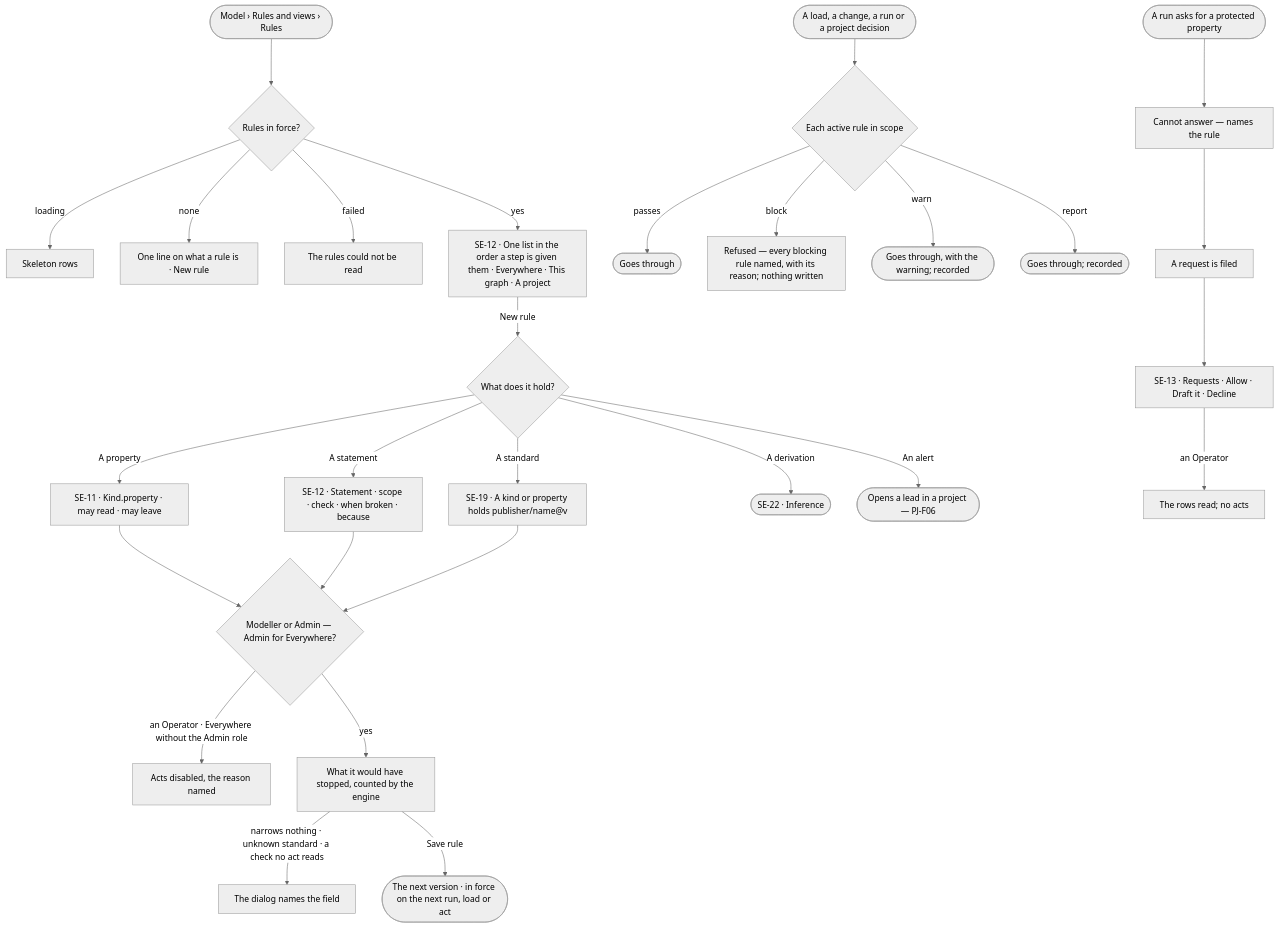
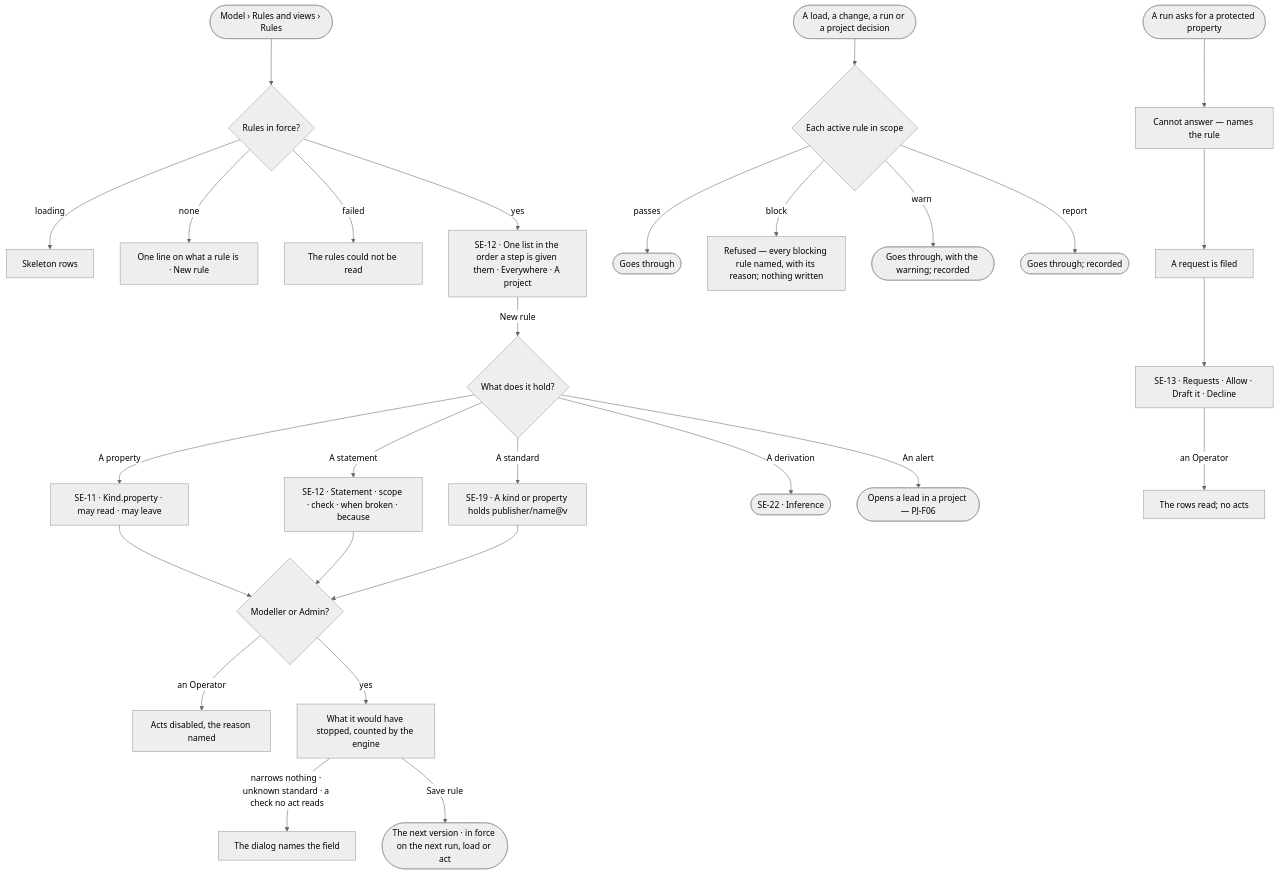
One commit to invana/invana changed the diagram in specs/capabilities/semantics/features/SE-F07-rules/feature.md. Above: the diagram before and after it, drawn with Mermaid (neutral theme). The commit also changed other lines of this file and 69 other files, not shown here.

First line of the commit message:
feat(specs): retire Graph as an object — Graph Data is the screen word

````diff
--- a/specs/capabilities/semantics/features/SE-F07-rules/feature.md
+++ b/specs/capabilities/semantics/features/SE-F07-rules/feature.md
@@ -24,29 +24,29 @@
 ```mermaid
 flowchart TD
   start([Model › Rules and views › Rules]) --> l{Rules in force?}
   l -->|loading| sk["Skeleton rows"]
   l -->|none| e["One line on what a rule is · New rule"]
   l -->|failed| f["The rules could not be read"]
-  l -->|yes| list["SE-12 · One list in the order a step is given them · Everywhere · This graph · A project"]
+  l -->|yes| list["SE-12 · One list in the order a step is given them · Everywhere · A project"]
   list -->|New rule| kind{What does it hold?}
   kind -->|A property| prop["SE-11 · Kind.property · may read · may leave"]
   kind -->|A statement| dlg["SE-12 · Statement · scope · check · when broken · because"]
   kind -->|A standard| std["SE-19 · A kind or property holds publisher/name@v"]
   kind -->|A derivation| der(["SE-22 · Inference"])
   kind -->|An alert| al(["Opens a lead in a project — PJ-F06"])
-  prop --> may{Modeller or Admin — Admin for Everywhere?}
+  prop --> may{Modeller or Admin?}
   dlg --> may
   std --> may
-  may -->|an Operator · Everywhere without the Admin role| na["Acts disabled, the reason named"]
+  may -->|an Operator| na["Acts disabled, the reason named"]
   may -->|yes| imp["What it would have stopped, counted by the engine"]
   imp -->|narrows nothing · unknown standard · a check no act reads| bad["The dialog names the field"]
   imp -->|Save rule| saved(["The next version · in force on the next run, load or act"])
   act([A load, a change, a run or a project decision]) --> chk{Each active rule in scope}
   chk -->|passes| go(["Goes through"])
   chk -->|block| stop["Refused — every blocking rule named, with its reason; nothing written"]
   chk -->|warn| warn(["Goes through, with the warning; recorded"])
   chk -->|report| rep(["Goes through; recorded"])
   run([A run asks for a protected property]) --> ca["Cannot answer — names the rule"] --> file["A request is filed"]
   file --> q["SE-13 · Requests · Allow · Draft it · Decline"]
   q -->|an Operator| qr["The rows read; no acts"]
 ```
````
